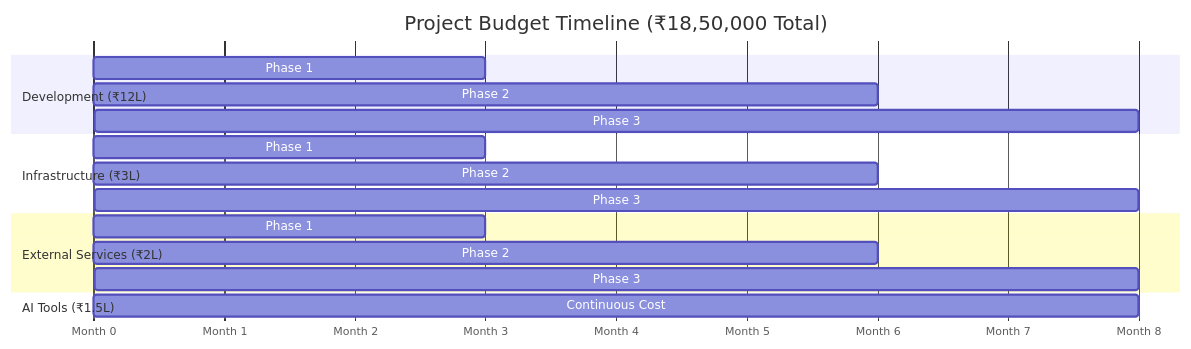
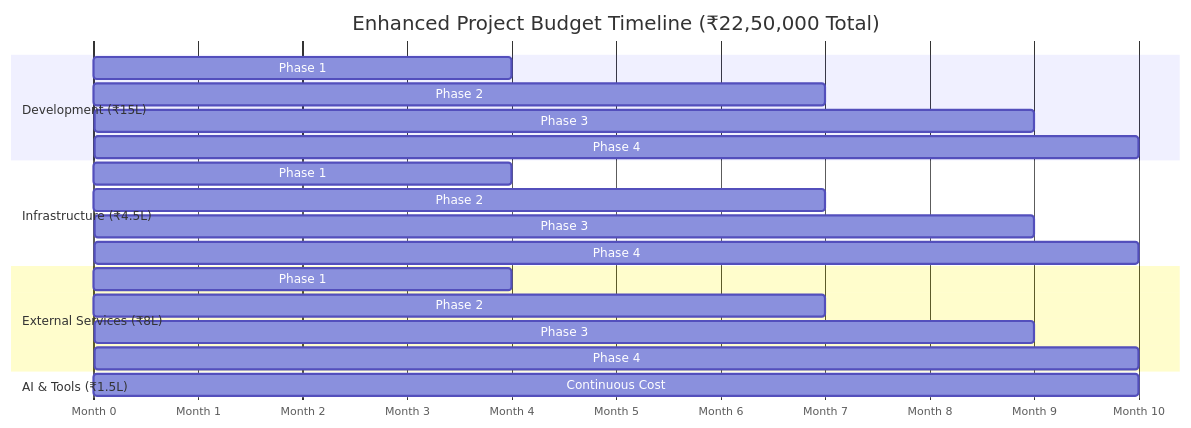
Before and after one commit to health-tech-uhi/blueprint: the ninth of 11 diagrams in 05-implementation-plan.md, drawn with Mermaid. The commit also changed other lines of this file and 8 other files, not shown here.

````diff
--- a/05-implementation-plan.md
+++ b/05-implementation-plan.md
@@ -621,24 +741,27 @@
 ```mermaid
 gantt
-    title Project Budget Timeline (₹18,50,000 Total)
+    title Enhanced Project Budget Timeline (₹22,50,000 Total)
     dateFormat  X
     axisFormat  Month %s
     
-    section Development (₹12L)
-    Phase 1: ₹4.5L      :dev1, 0, 3
-    Phase 2: ₹4.5L      :dev2, 3, 6
-    Phase 3: ₹3L        :dev3, 6, 8
+    section Development (₹15L)
+    Phase 1: ₹6.4L      :dev1, 0, 4
+    Phase 2: ₹4.8L      :dev2, 4, 7
+    Phase 3: ₹2.2L      :dev3, 7, 9
+    Phase 4: ₹1.6L      :dev4, 9, 10
     
-    section Infrastructure (₹3L)
-    Phase 1: ₹0.5L      :inf1, 0, 3
-    Phase 2: ₹1L        :inf2, 3, 6
-    Phase 3: ₹0.5L      :inf3, 6, 8
+    section Infrastructure (₹4.5L)
+    Phase 1: ₹1.5L      :inf1, 0, 4
+    Phase 2: ₹1.5L      :inf2, 4, 7
+    Phase 3: ₹1L        :inf3, 7, 9
+    Phase 4: ₹0.5L      :inf4, 9, 10
     
-    section External Services (₹2L)
-    Phase 1: ₹0.2L      :ext1, 0, 3
-    Phase 2: ₹0.4L      :ext2, 3, 6
-    Phase 3: ₹1.4L      :ext3, 6, 8
+    section External Services (₹8L)
+    Phase 1: ₹1.8L      :ext1, 0, 4
+    Phase 2: ₹1.6L      :ext2, 4, 7
+    Phase 3: ₹1.6L      :ext3, 7, 9
+    Phase 4: ₹3L        :ext4, 9, 10
     
-    section AI Tools (₹1.5L)
-    Continuous Cost     :ai, 0, 8
+    section AI & Tools (₹1.5L)
+    Continuous Cost     :ai, 0, 10
 ```
````
